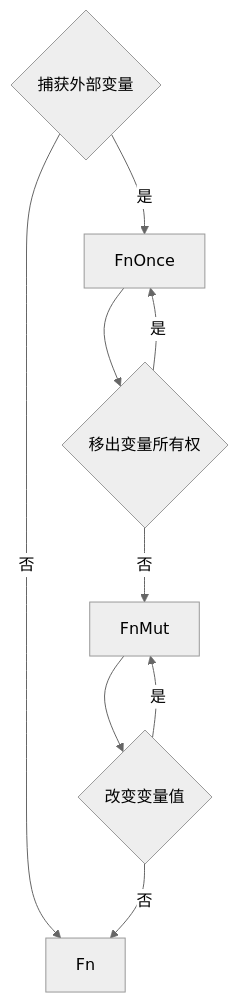
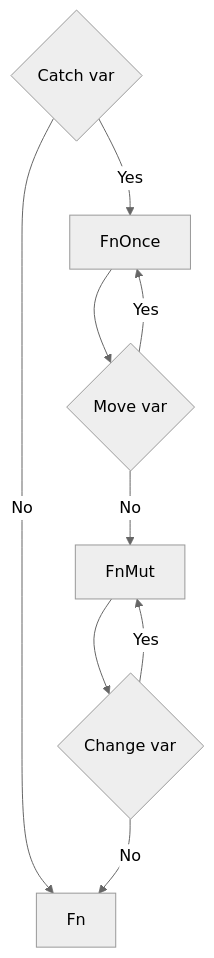
The second of 2 diagrams in Writerside/topics/closure-fn.md (crusj/crusj.github.io), drawn with Mermaid (neutral theme) before and after one commit.

Commit message:
fix description.

````diff
--- a/Writerside/topics/closure-fn.md
+++ b/Writerside/topics/closure-fn.md
@@ -17,11 +17,11 @@
 ```mermaid
 graph TD
-    A{捕获外部变量}
-    A-->|否|B[Fn]
-    A-->|是|C[FnOnce]
-    C-->D{移出变量所有权}
-    D-->|是|C
-    D-->|否|E[FnMut]-->F{改变变量值}
-    F-->|是|E
-    F-->|否|B
+    A{Catch var}
+    A-->|No|B[Fn]
+    A-->|Yes|C[FnOnce]
+    C-->D{Move var}
+    D-->|Yes|C
+    D-->|No|E[FnMut]-->F{Change var}
+    F-->|Yes|E
+    F-->|No|B
 ```
````
